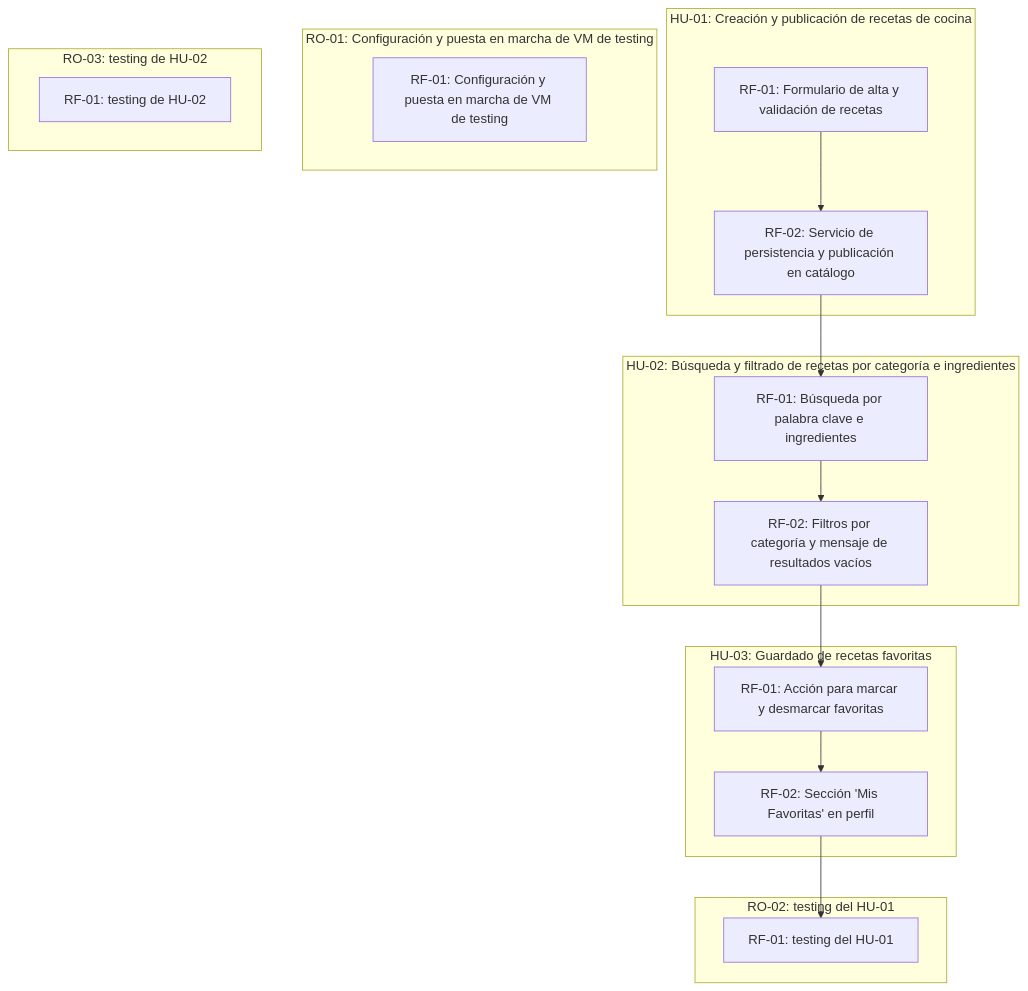
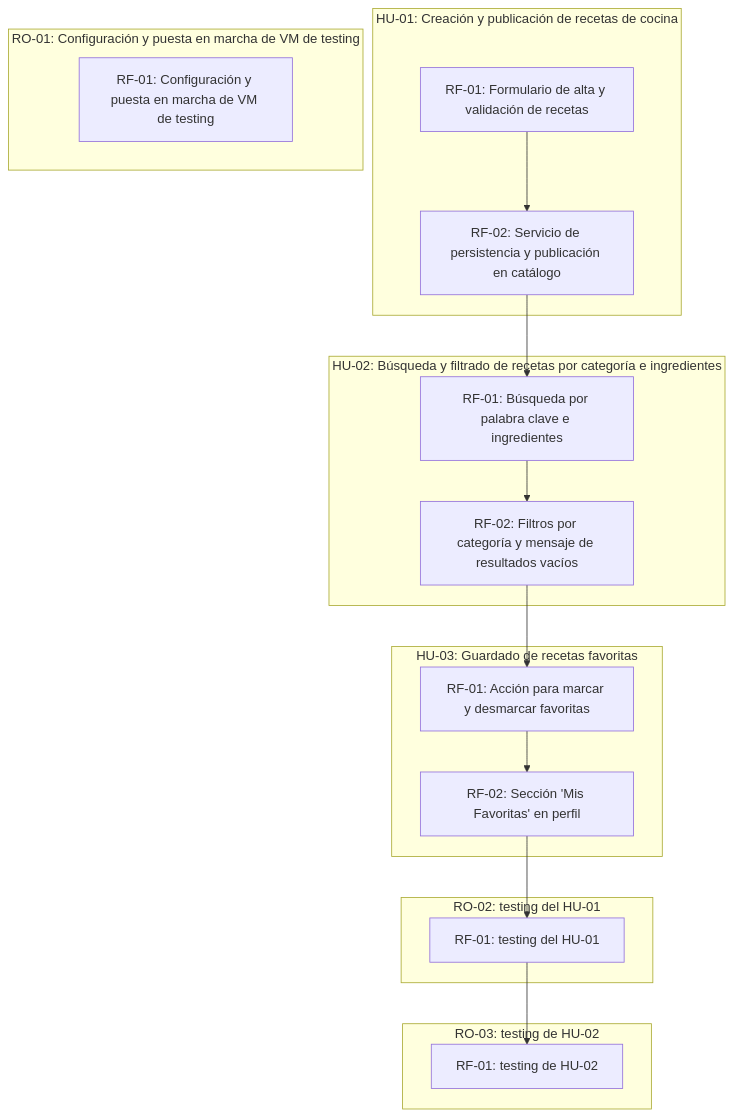
Before and after one commit to SVGiannoni/RecetasPanaRossi: the diagram in scrumDocs/grafo.md, drawn with Mermaid. The commit also changed other lines of this file, not shown here.

````diff
--- a/scrumDocs/grafo.md
+++ b/scrumDocs/grafo.md
@@ -5,30 +5,31 @@
 ```mermaid
 graph TD
   subgraph US_1788784804716["HU-01: Creación y publicación de recetas de cocina"]
     REQ_1788785182545["RF-01: Formulario de alta y validación de recetas"]
     REQ_1788785196739["RF-02: Servicio de persistencia y publicación en catálogo"]
   end
   subgraph US_1788784817567["HU-02: Búsqueda y filtrado de recetas por categoría e ingredientes"]
     REQ_1788785446610["RF-01: Búsqueda por palabra clave e ingredientes"]
     REQ_1788785477255["RF-02: Filtros por categoría y mensaje de resultados vacíos"]
   end
   subgraph US_1788784829317["HU-03: Guardado de recetas favoritas"]
     REQ_1788785498187["RF-01: Acción para marcar y desmarcar favoritas"]
     REQ_1788785510602["RF-02: Sección 'Mis Favoritas' en perfil"]
   end
   subgraph US_1788785524805["RO-01: Configuración y puesta en marcha de VM de testing"]
     REQ_1788785524811["RF-01: Configuración y puesta en marcha de VM de testing"]
   end
   subgraph US_1788790818388["RO-02: testing del HU-01"]
     REQ_1788790818395["RF-01: testing del HU-01"]
   end
   subgraph US_1788790905857["RO-03: testing de HU-02"]
     REQ_1788790905863["RF-01: testing de HU-02"]
   end
   REQ_1788785182545 --> REQ_1788785196739
   REQ_1788785196739 --> REQ_1788785446610
   REQ_1788785446610 --> REQ_1788785477255
   REQ_1788785477255 --> REQ_1788785498187
   REQ_1788785498187 --> REQ_1788785510602
   REQ_1788785510602 --> REQ_1788790818395
+  REQ_1788790818395 --> REQ_1788790905863
 ```
````
